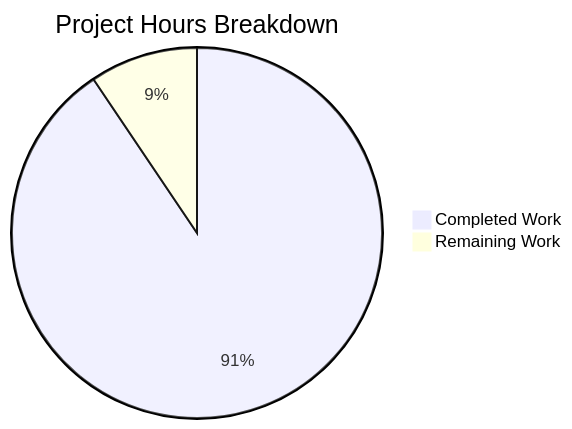
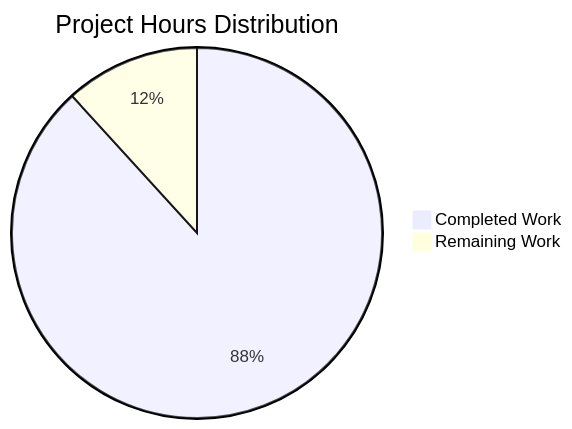
Before and after one commit to lakshya-blitzy/Dec_repo_with_valid_mul_files: the diagram in blitzy/documentation/Project Guide.md, drawn with Mermaid. The commit also changed other lines of this file, not shown here.

Commit message:
Adding Blitzy Project Guide: Project Status and Human Tasks Remaining

````diff
--- a/blitzy/documentation/Project Guide.md
+++ b/blitzy/documentation/Project Guide.md
@@ -37,5 +28,5 @@
 ```mermaid
-pie title Project Hours Breakdown
-    "Completed Work" : 48
-    "Remaining Work" : 5
+pie title Project Hours Distribution
+    "Completed Work" : 60
+    "Remaining Work" : 8
 ```
````
